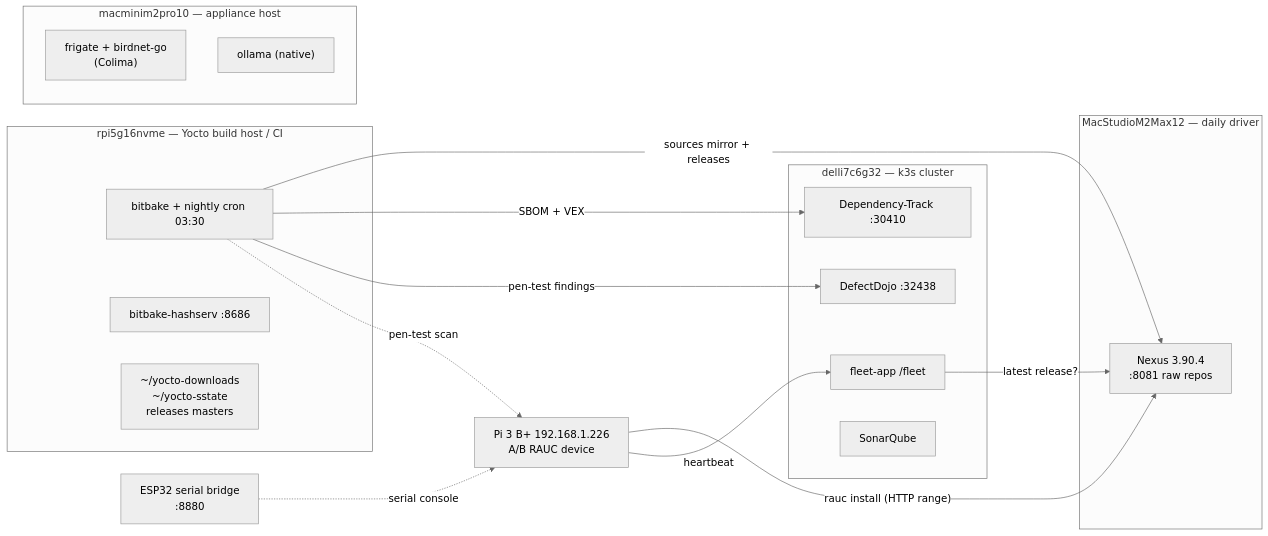
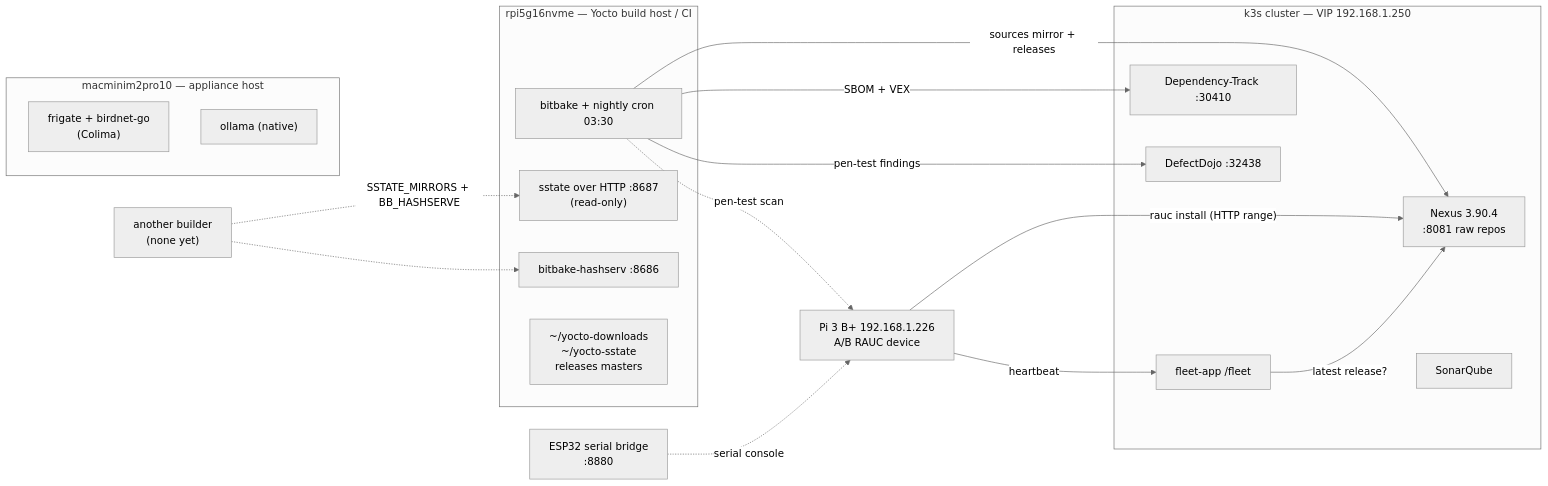
One commit to schultzzznet/theSchultzYocto changed the diagram in docs/INFRASTRUCTURE.md. Above: the diagram before and after it, drawn with Mermaid (neutral theme). The commit also changed other lines of this file and 8 other files, not shown here.

````diff
--- a/docs/INFRASTRUCTURE.md
+++ b/docs/INFRASTRUCTURE.md
@@ -17,32 +17,34 @@
 ```mermaid
 flowchart LR
-    subgraph mac["MacStudioM2Max12 — daily driver"]
-        nexus["Nexus 3.90.4<br/>:8081 raw repos"]
-    end
     subgraph pi5["rpi5g16nvme — Yocto build host / CI"]
         bb["bitbake + nightly cron 03:30"]
         hs["bitbake-hashserv :8686"]
+        ss["sstate over HTTP :8687<br/>(read-only)"]
         caches["~/yocto-downloads<br/>~/yocto-sstate<br/>releases masters"]
     end
-    subgraph k3s["delli7c6g32 — k3s cluster"]
+    subgraph k3s["k3s cluster — VIP 192.168.1.250"]
+        nexus["Nexus 3.90.4<br/>:8081 raw repos"]
         dt["Dependency-Track :30410"]
         dd["DefectDojo :32438"]
         fleet["fleet-app /fleet"]
         sq["SonarQube"]
     end
     subgraph mini["macminim2pro10 — appliance host"]
         frig["frigate + birdnet-go<br/>(Colima)"]
         oll["ollama (native)"]
     end
     dev["Pi 3 B+ 192.168.1.226<br/>A/B RAUC device"]
     esp["ESP32 serial bridge<br/>:8880"]
+    other["another builder<br/>(none yet)"]
 
     bb -->|"sources mirror + releases"| nexus
     bb -->|"SBOM + VEX"| dt
     bb -->|"pen-test findings"| dd
+    other -.->|"SSTATE_MIRRORS + BB_HASHSERVE"| ss
+    other -.-> hs
     dev -->|"rauc install (HTTP range)"| nexus
     dev -->|"heartbeat"| fleet
     fleet -->|"latest release?"| nexus
     esp -.->|"serial console"| dev
     bb -.->|"pen-test scan"| dev
 ```
````
